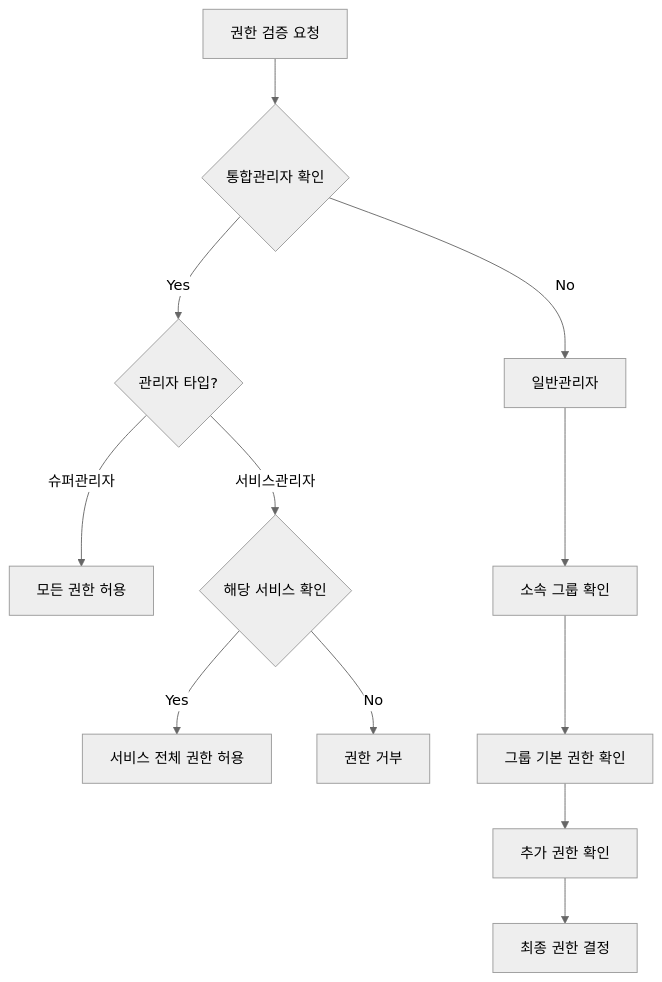
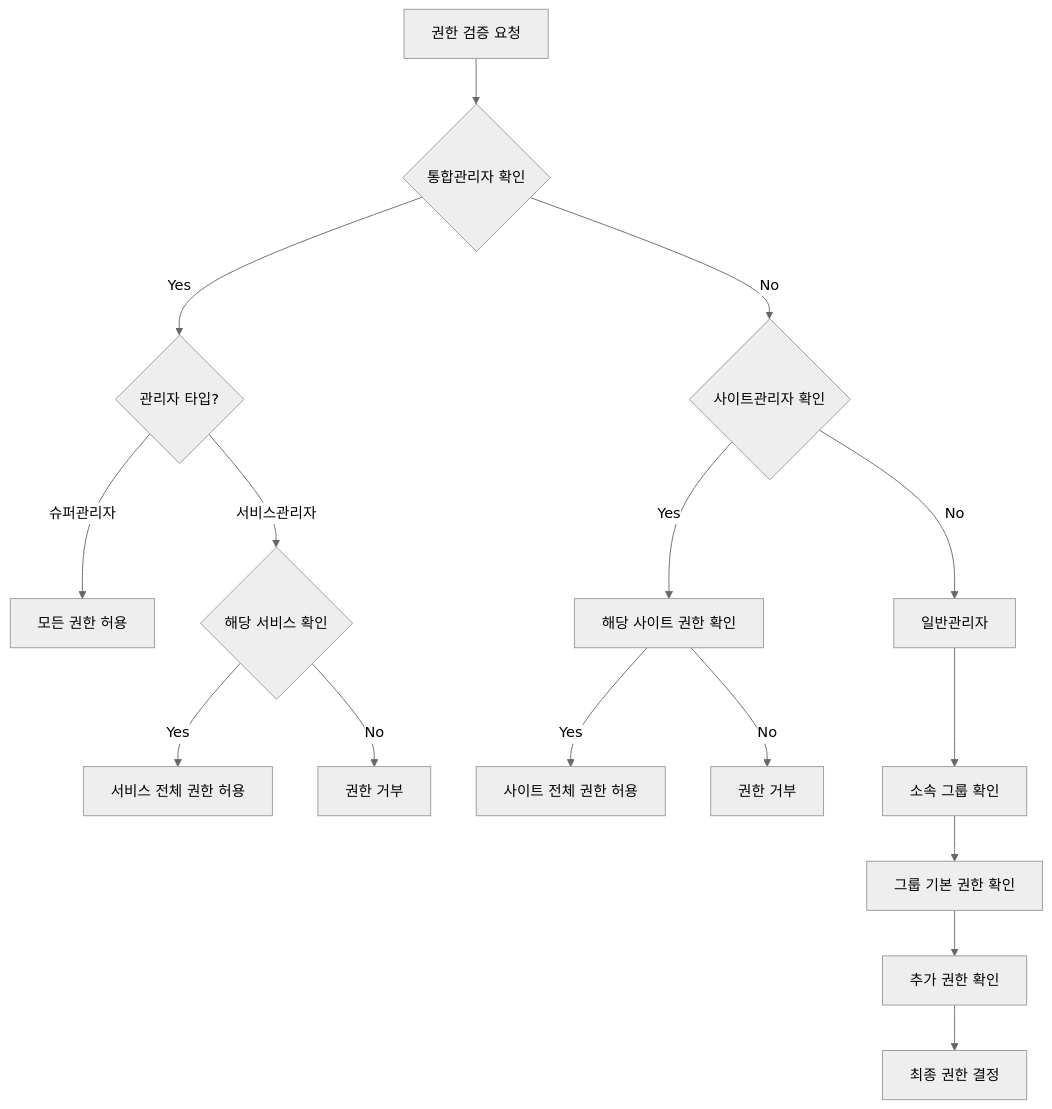
Before and after one commit to Russ481-k/integrated-cms: the second of 2 diagrams in .cursor/docs/v2/database_integration.md, drawn with Mermaid (neutral theme). The commit also changed other lines of this file and 1 other file, not shown here.

````diff
--- a/.cursor/docs/v2/database_integration.md
+++ b/.cursor/docs/v2/database_integration.md
@@ -53,16 +84,21 @@
 ```mermaid
 graph TD
     A[권한 검증 요청] --> B{통합관리자 확인}
     
     B -->|Yes| C{관리자 타입?}
     C -->|슈퍼관리자| D[모든 권한 허용]
     C -->|서비스관리자| E{해당 서비스 확인}
     E -->|Yes| F[서비스 전체 권한 허용]
     E -->|No| G[권한 거부]
     
-    B -->|No| H[일반관리자]
-    H --> I[소속 그룹 확인]
-    I --> J[그룹 기본 권한 확인]
-    J --> K[추가 권한 확인]
-    K --> L[최종 권한 결정]
+    B -->|No| H{사이트관리자 확인}
+    H -->|Yes| I[해당 사이트 권한 확인]
+    I -->|Yes| J[사이트 전체 권한 허용]
+    I -->|No| K[권한 거부]
+    
+    H -->|No| L[일반관리자]
+    L --> M[소속 그룹 확인]
+    M --> N[그룹 기본 권한 확인]
+    N --> O[추가 권한 확인]
+    O --> P[최종 권한 결정]
 ```
````
